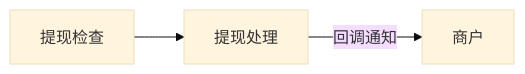
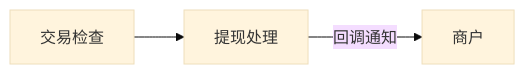
One commit to pbhaoo/docs changed the sixth of 6 diagrams in user-guide/overview/functional-mechanism.mdx. Above: the diagram before and after it, drawn with Mermaid (base theme). The commit also changed other lines of this file and 7 other files, not shown here.

````diff
--- a/user-guide/overview/functional-mechanism.mdx
+++ b/user-guide/overview/functional-mechanism.mdx
@@ -61,5 +61,5 @@
 ```mermaid
     flowchart LR
-       提现检查 -->提现处理 -->|回调通知| 商户
+       交易检查 -->提现处理 -->|回调通知| 商户
 
 ```
````
